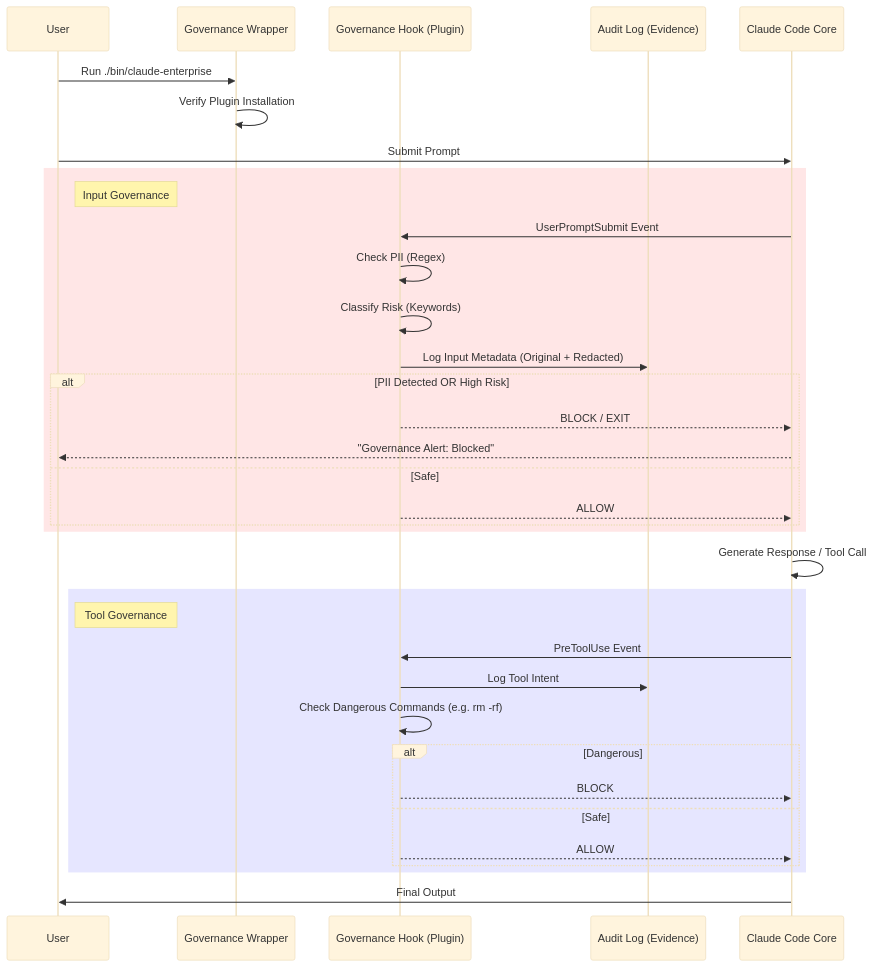
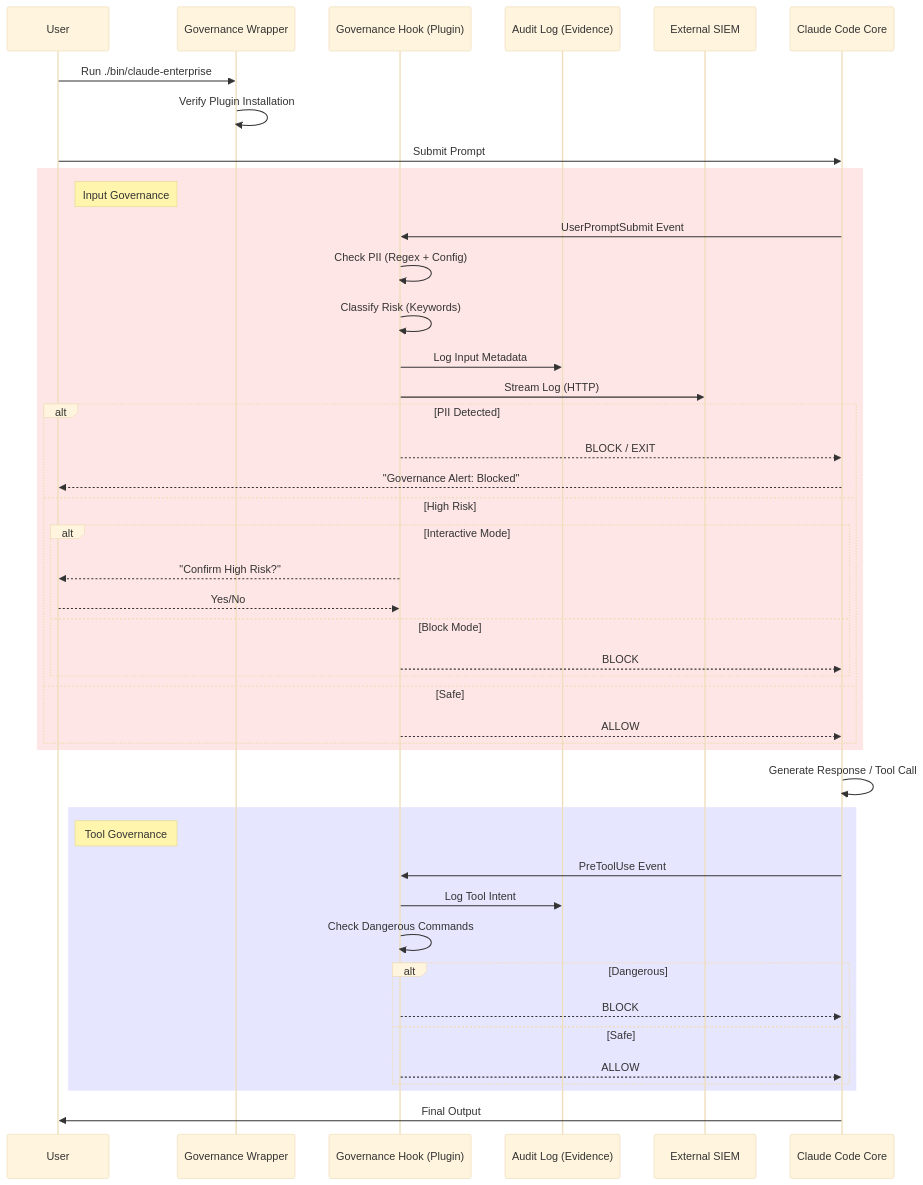
The diagram in governance/README.md (stancsz/claude-code-enterprise), drawn with Mermaid (base theme) before and after one commit. The commit also changed other lines of this file and 3 other files, not shown here.

````diff
--- a/governance/README.md
+++ b/governance/README.md
@@ -11,45 +11,54 @@
 ```mermaid
 sequenceDiagram
     participant User
     participant Wrapper as Governance Wrapper
     participant Hook as Governance Hook (Plugin)
     participant Audit as Audit Log (Evidence)
+    participant SIEM as External SIEM
     participant Claude as Claude Code Core
 
     User->>Wrapper: Run ./bin/claude-enterprise
     Wrapper->>Wrapper: Verify Plugin Installation
 
     User->>Claude: Submit Prompt
 
     rect rgb(255, 230, 230)
     note right of User: Input Governance
     Claude->>Hook: UserPromptSubmit Event
-    Hook->>Hook: Check PII (Regex)
+    Hook->>Hook: Check PII (Regex + Config)
     Hook->>Hook: Classify Risk (Keywords)
-    Hook->>Audit: Log Input Metadata (Original + Redacted)
+    Hook->>Audit: Log Input Metadata
+    Hook->>SIEM: Stream Log (HTTP)
 
-    alt PII Detected OR High Risk
+    alt PII Detected
         Hook-->>Claude: BLOCK / EXIT
         Claude-->>User: "Governance Alert: Blocked"
+    else High Risk
+        alt Interactive Mode
+            Hook-->>User: "Confirm High Risk?"
+            User-->>Hook: Yes/No
+        else Block Mode
+            Hook-->>Claude: BLOCK
+        end
     else Safe
         Hook-->>Claude: ALLOW
     end
     end
 
     Claude->>Claude: Generate Response / Tool Call
 
     rect rgb(230, 230, 255)
     note right of User: Tool Governance
     Claude->>Hook: PreToolUse Event
     Hook->>Audit: Log Tool Intent
-    Hook->>Hook: Check Dangerous Commands (e.g. rm -rf)
+    Hook->>Hook: Check Dangerous Commands
 
     alt Dangerous
         Hook-->>Claude: BLOCK
     else Safe
         Hook-->>Claude: ALLOW
     end
     end
 
     Claude->>User: Final Output
 ```
````
